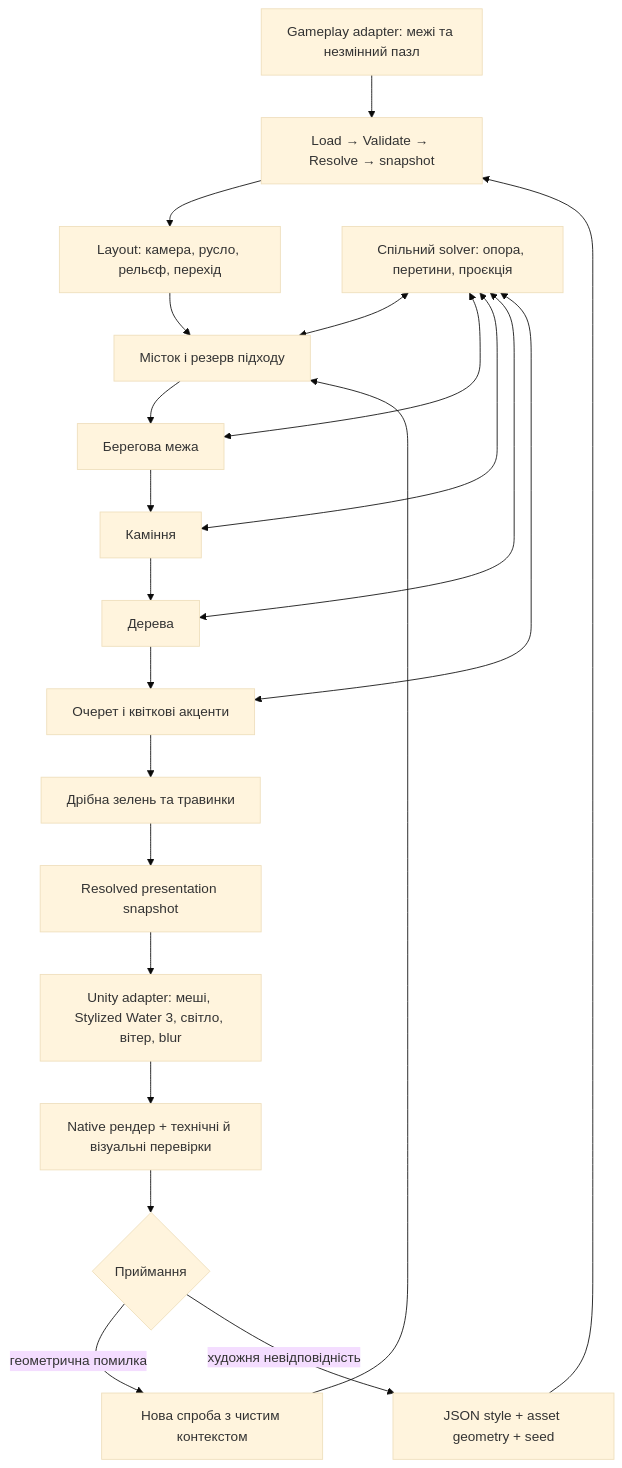
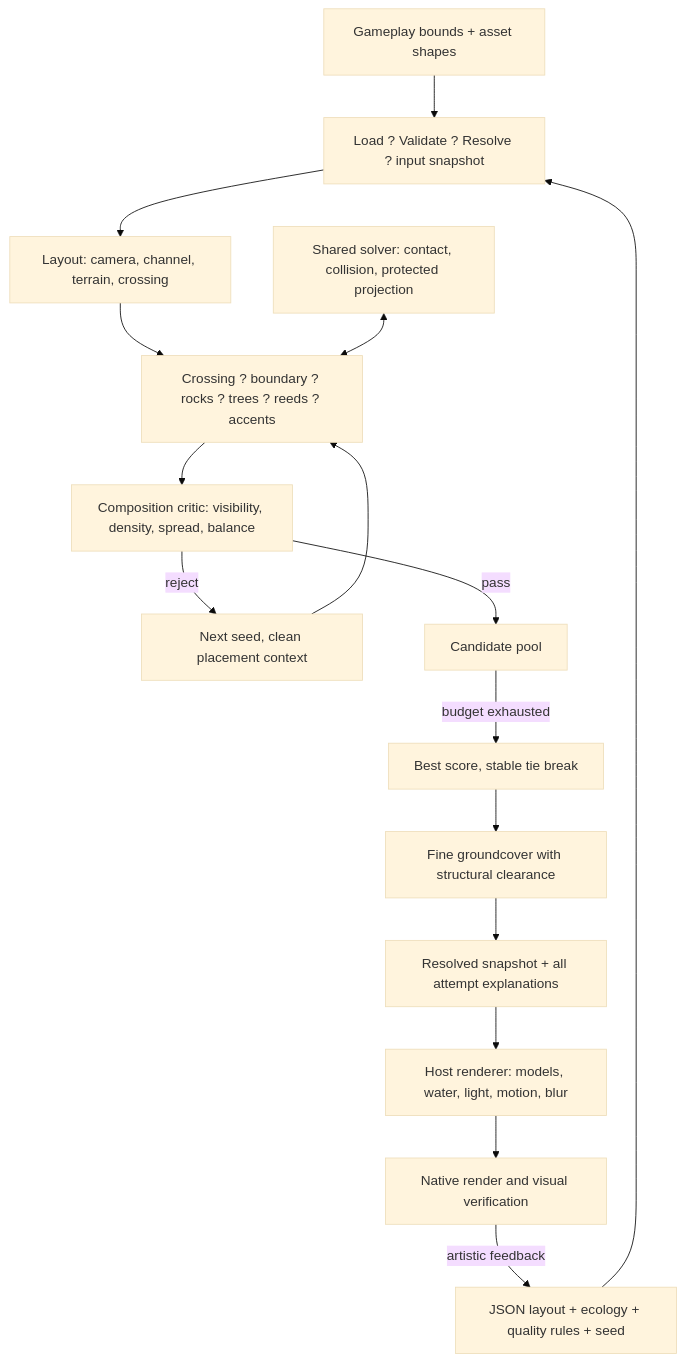
One commit to kruty1918dev-ai/quiet-camp changed the diagram in Design/SceneGeneration/2026-10-12/METHODOLOGY-UA.md. Above: the diagram before and after it, drawn with Mermaid (base theme). The commit also changed other lines of this file and 41 other files, not shown here.

````diff
--- a/Design/SceneGeneration/2026-10-12/METHODOLOGY-UA.md
+++ b/Design/SceneGeneration/2026-10-12/METHODOLOGY-UA.md
@@ -45,24 +45,18 @@
 ```mermaid
 flowchart TD
-  G[Gameplay adapter: межі та незмінний пазл] --> V[Load → Validate → Resolve → snapshot]
-  J[JSON style + asset geometry + seed] --> V
-  V --> L[Layout: камера, русло, рельєф, перехід]
-  L --> B[Місток і резерв підходу]
-  B --> F[Берегова межа]
-  F --> R[Каміння]
-  R --> T[Дерева]
-  T --> P[Очерет і квіткові акценти]
-  P --> C[Дрібна зелень та травинки]
-  S[Спільний solver: опора, перетини, проєкція] <--> B
-  S <--> F
-  S <--> R
-  S <--> T
-  S <--> P
-  C --> O[Resolved presentation snapshot]
-  O --> U[Unity adapter: меші, Stylized Water 3, світло, вітер, blur]
-  U --> N[Native рендер + технічні й візуальні перевірки]
-  N --> A{Приймання}
-  A -->|геометрична помилка| X[Нова спроба з чистим контекстом]
+  G[Gameplay bounds + asset shapes] --> V[Load ? Validate ? Resolve ? input snapshot]
+  J[JSON layout + ecology + quality rules + seed] --> V
+  V --> L[Layout: camera, channel, terrain, crossing]
+  L --> B[Crossing ? boundary ? rocks ? trees ? reeds ? accents]
+  S[Shared solver: contact, collision, protected projection] <--> B
+  B --> K[Composition critic: visibility, density, spread, balance]
+  K -->|reject| X[Next seed, clean placement context]
   X --> B
-  A -->|художня невідповідність| J
+  K -->|pass| P[Candidate pool]
+  P -->|budget exhausted| W[Best score, stable tie break]
+  W --> C[Fine groundcover with structural clearance]
+  C --> O[Resolved snapshot + all attempt explanations]
+  O --> U[Host renderer: models, water, light, motion, blur]
+  U --> N[Native render and visual verification]
+  N -->|artistic feedback| J
 ```
````
